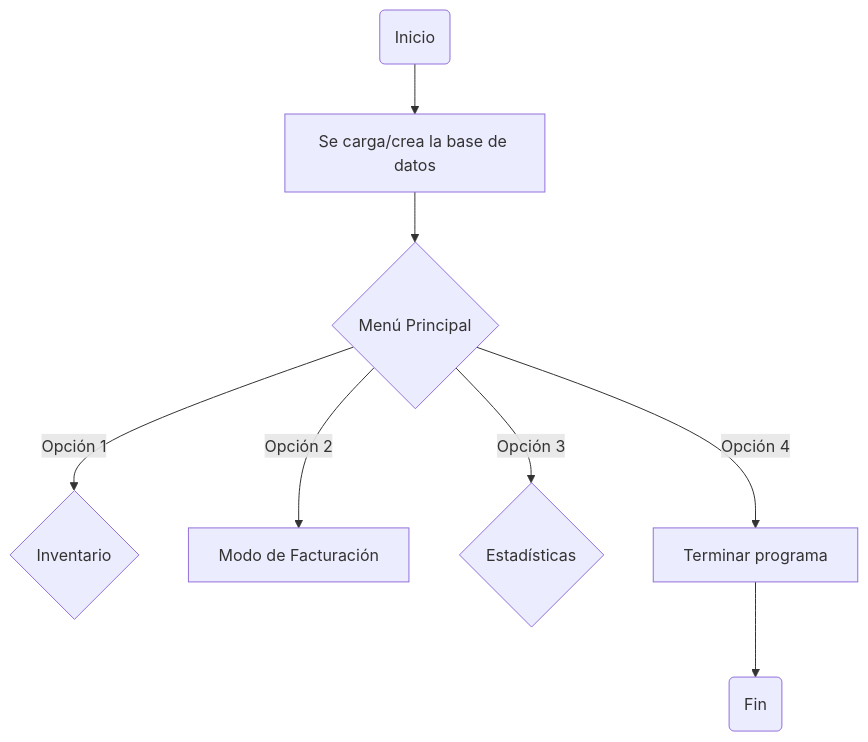
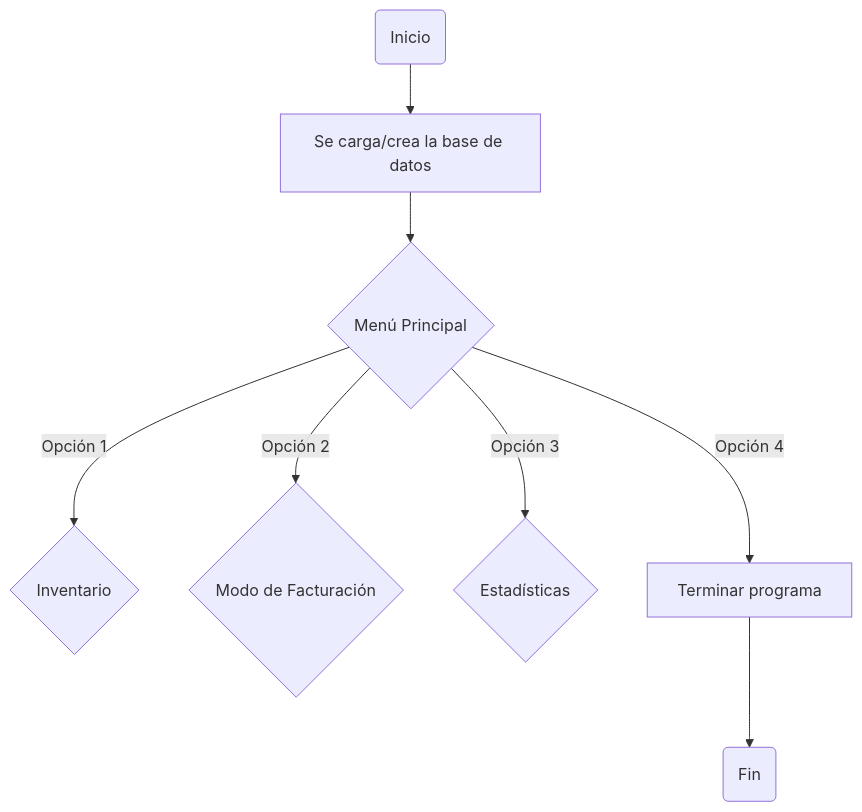
Before and after one commit to NotName-K/Project: the second of 6 diagrams in README.md, drawn with Mermaid. The commit also changed other lines of this file, not shown here.

````diff
--- a/README.md
+++ b/README.md
@@ -47,11 +47,11 @@
 ```mermaid
  graph TD;
  A(Inicio);
  A -->F1[Se carga/crea la base de datos];
     F1 -->B{Menú Principal};
        B -->|Opción 1|C{Inventario};
-       B -->|Opción 2|R[Modo de Facturación];
+       B -->|Opción 2|R{Modo de Facturación};
        B -->|Opción 3|S{Estadísticas};
        B -->|Opción 4|C1[Terminar programa];
        C1 -->D1(Fin);
 ```
````
